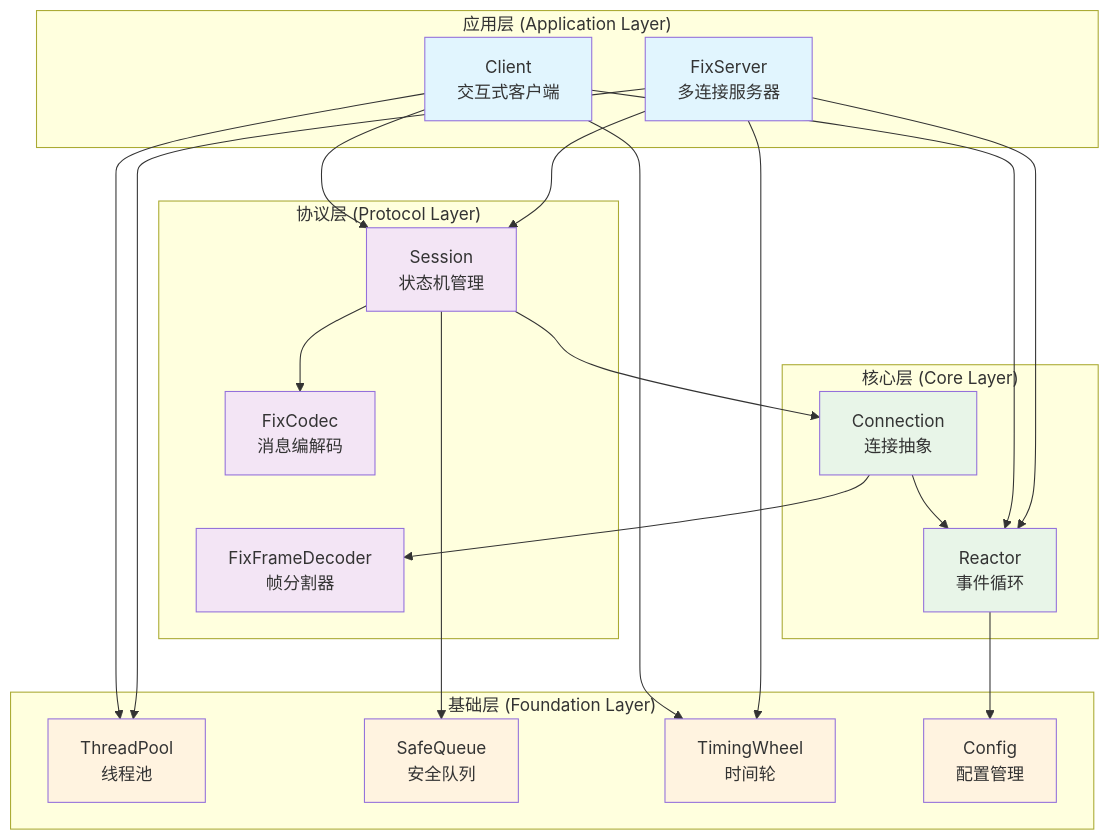
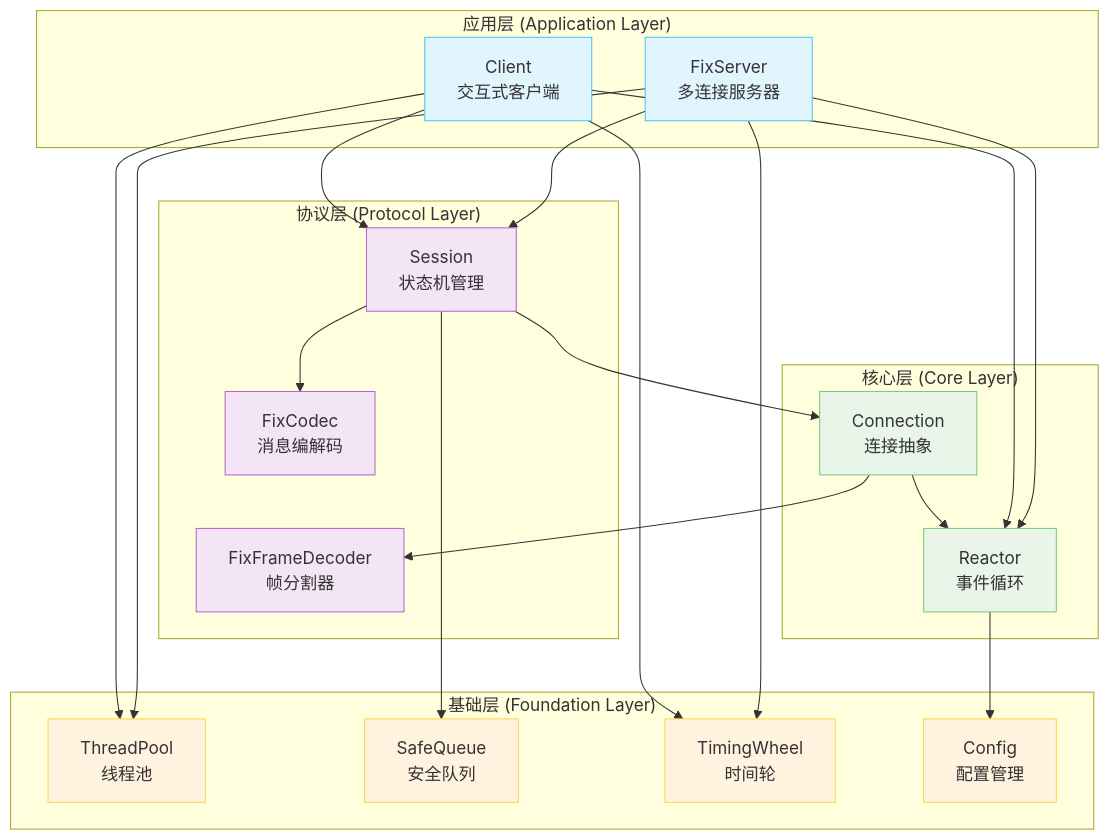
The first of 7 diagrams in README.md (LittlePorcupine/FIX4.0_demo), drawn with Mermaid before and after one commit.

Commit message:
fix: 继续修复mermaid代码在github中的渲染问题

````diff
--- a/README.md
+++ b/README.md
@@ -46,56 +46,51 @@
 ```mermaid
 graph TB
     subgraph "应用层 (Application Layer)"
-        FixServer["FixServer<br/>多连接服务器"]
-        Client["Client<br/>交互式客户端"]
+        FixServer["FixServer<br/>多连接服务器"]:::appLayer
+        Client["Client<br/>交互式客户端"]:::appLayer
     end
 
     subgraph "协议层 (Protocol Layer)"
-        Session["Session<br/>状态机管理"]
-        FixCodec["FixCodec<br/>消息编解码"]
-        FrameDecoder["FixFrameDecoder<br/>帧分割器"]
+        Session["Session<br/>状态机管理"]:::protocolLayer
+        FixCodec["FixCodec<br/>消息编解码"]:::protocolLayer
+        FrameDecoder["FixFrameDecoder<br/>帧分割器"]:::protocolLayer
     end
 
     subgraph "核心层 (Core Layer)"
-        Reactor["Reactor<br/>事件循环"]
-        Connection["Connection<br/>连接抽象"]
+        Reactor["Reactor<br/>事件循环"]:::coreLayer
+        Connection["Connection<br/>连接抽象"]:::coreLayer
     end
 
     subgraph "基础层 (Foundation Layer)"
-        ThreadPool["ThreadPool<br/>线程池"]
-        SafeQueue["SafeQueue<br/>安全队列"]
-        TimingWheel["TimingWheel<br/>时间轮"]
-        Config["Config<br/>配置管理"]
+        ThreadPool["ThreadPool<br/>线程池"]:::baseLayer
+        SafeQueue["SafeQueue<br/>安全队列"]:::baseLayer
+        TimingWheel["TimingWheel<br/>时间轮"]:::baseLayer
+        Config["Config<br/>配置管理"]:::baseLayer
     end
 
     %% 依赖关系
     FixServer --> Session
     FixServer --> Reactor
     FixServer --> ThreadPool
     FixServer --> TimingWheel
 
     Client --> Session
     Client --> Reactor
     Client --> ThreadPool
     Client --> TimingWheel
 
     Session --> FixCodec
     Session --> Connection
 
     Connection --> FrameDecoder
     Connection --> Reactor
 
     Reactor --> Config
     Session --> SafeQueue
 
-    %% 样式
-    classDef appLayer fill:#e1f5fe
-    classDef protocolLayer fill:#f3e5f5
-    classDef coreLayer fill:#e8f5e8
-    classDef baseLayer fill:#fff3e0
-
-    class FixServer,Client appLayer
-    class Session,FixCodec,FrameDecoder protocolLayer
-    class Reactor,Connection coreLayer
-    class ThreadPool,SafeQueue,TimingWheel,Config baseLayer
+    %% 样式定义
+    classDef appLayer fill:#e1f5fe,stroke:#4fc3f7
+    classDef protocolLayer fill:#f3e5f5,stroke:#ba68c8
+    classDef coreLayer fill:#e8f5e8,stroke:#81c784
+    classDef baseLayer fill:#fff3e0,stroke:#ffd54f
 ```
````
